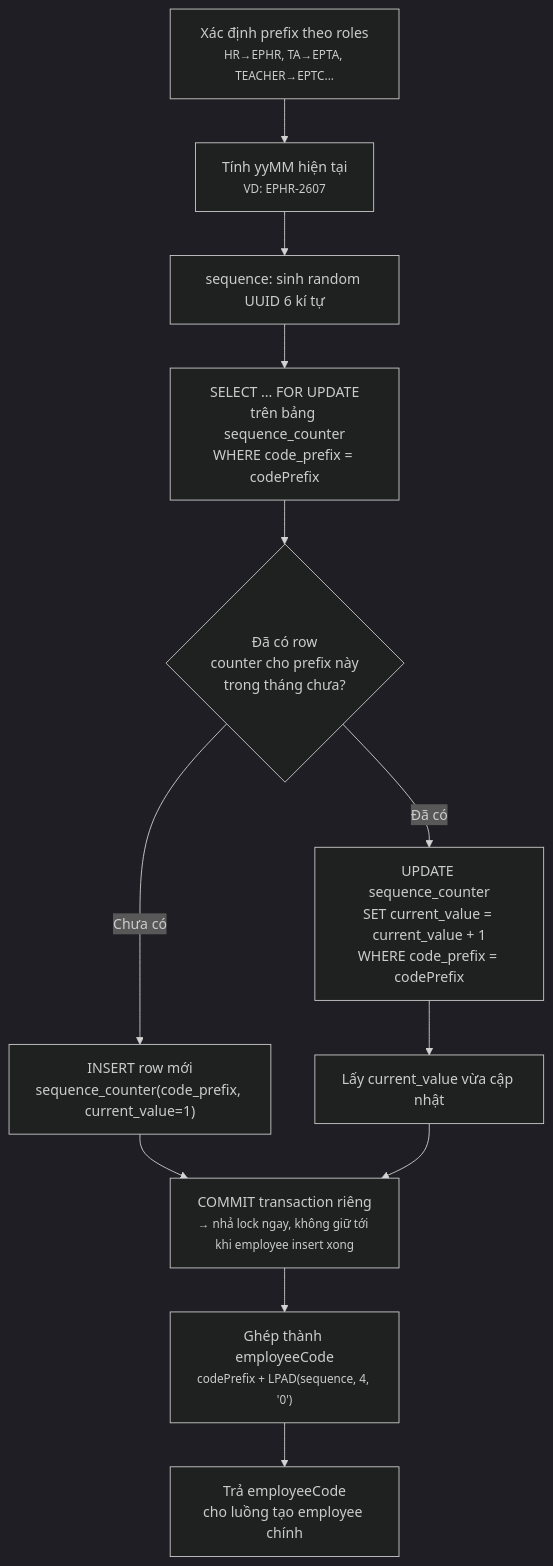
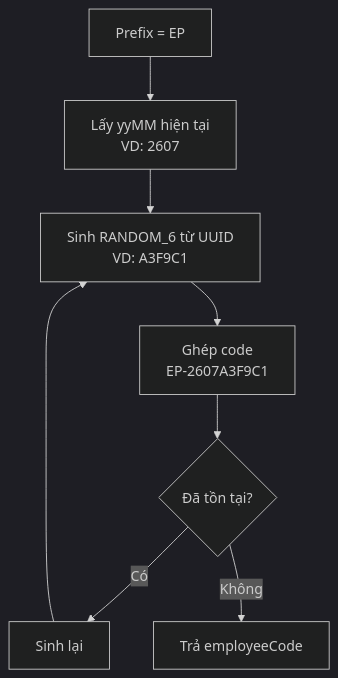
One commit to vutiendat2302/ai-personalized-lms changed the second of 5 diagrams in backend/luong-nghiep-vu-hr-student.md. Above: the diagram before and after it, drawn with Mermaid (dark theme). The commit also changed other lines of this file and 41 other files, not shown here.

````diff
--- a/backend/luong-nghiep-vu-hr-student.md
+++ b/backend/luong-nghiep-vu-hr-student.md
@@ -71,19 +77,15 @@
 ```mermaid
 flowchart TD
-    A["Xác định prefix theo roles<br/><small>HR→EPHR, TA→EPTA, TEACHER→EPTC...</small>"]
-    B["Tính yyMM hiện tại<br/><small>VD: EPHR-2607</small>"]
-    C["sequence: sinh random UUID 6 kí tự"]
-    D["SELECT ... FOR UPDATE<br/>trên bảng sequence_counter<br/>WHERE code_prefix = codePrefix"]
-    E{"Đã có row<br/>counter cho prefix này<br/>trong tháng chưa?"}
-    F["INSERT row mới<br/>sequence_counter(code_prefix, current_value=1)"]
-    G["UPDATE sequence_counter<br/>SET current_value = current_value + 1<br/>WHERE code_prefix = codePrefix"]
-    H["Lấy current_value vừa cập nhật"]
-    I["Ghép thành employeeCode<br/><small>codePrefix + LPAD(sequence, 4, '0')</small>"]
-    J["COMMIT transaction riêng<br/><small>→ nhả lock ngay, không giữ tới khi employee insert xong</small>"]
-    K["Trả employeeCode<br/>cho luồng tạo employee chính"]
- 
+    A["Prefix = EP"]
+    B["Lấy yyMM hiện tại<br/>VD: 2607"]
+    C["Sinh RANDOM_6 từ UUID<br/>VD: A3F9C1"]
+    D["Ghép code<br/>EP-2607A3F9C1"]
+    E{"Đã tồn tại?"}
+    F["Sinh lại"]
+    G["Trả employeeCode"]
+
     A --> B --> C --> D --> E
-    E -->|Chưa có| F --> J
-    E -->|Đã có| G --> H --> J
-    J --> I --> K
+    E -->|Có| F
+    F --> C
+    E -->|Không| G
 ```
````
